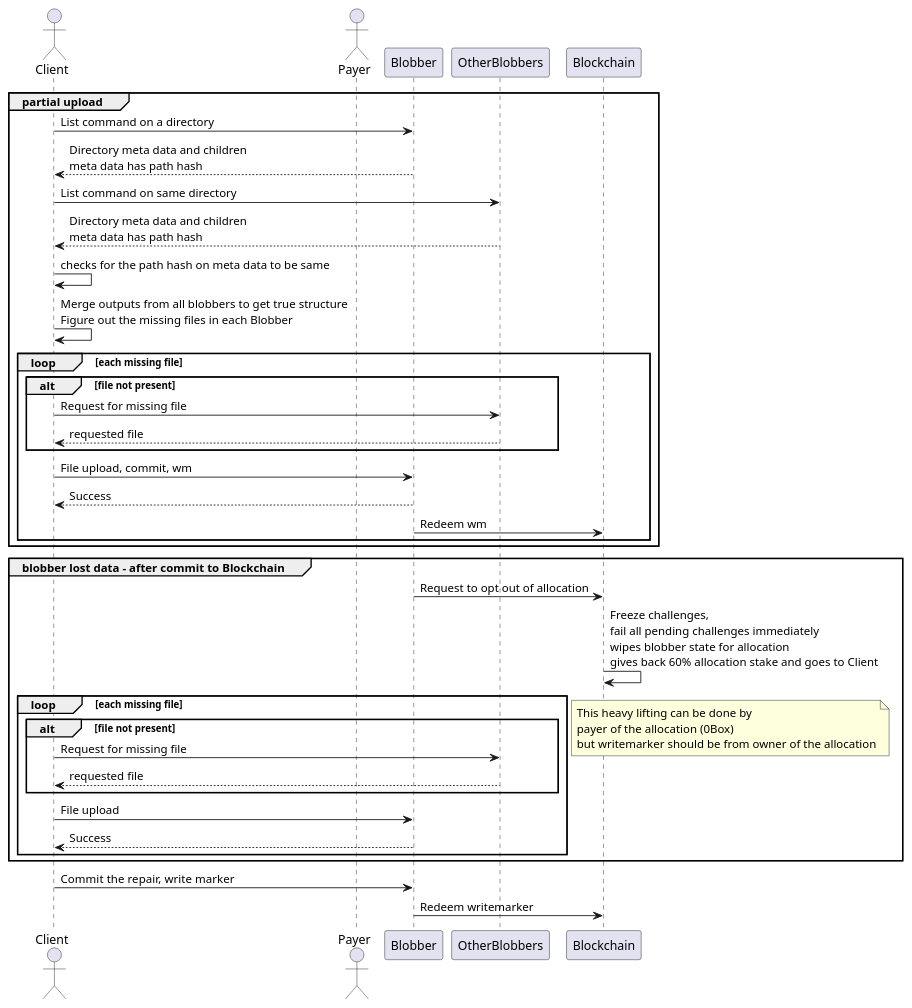
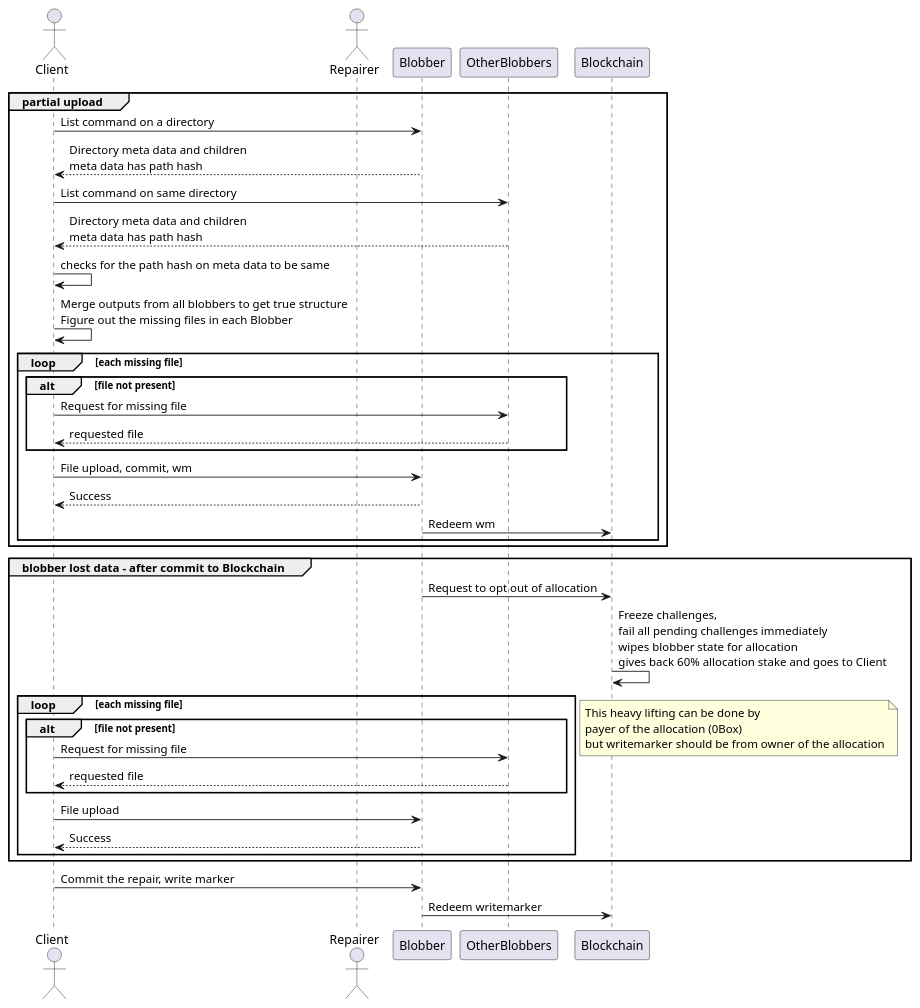
The diagram in docs/src/repair.plantuml (0chain/blobber), drawn with PlantUML before and after one commit. The commit also changed 9 other files, not shown here.

```diff
--- a/docs/src/repair.plantuml
+++ b/docs/src/repair.plantuml
@@ -1,50 +1,50 @@
 @startuml
 actor Client
-actor Payer
+actor Repairer
 
 group partial upload
 Client -> Blobber : List command on a directory
 Blobber --> Client : Directory meta data and children \n\
 meta data has path hash
 Client -> OtherBlobbers : List command on same directory
 OtherBlobbers --> Client : Directory meta data and children \n\
 meta data has path hash
 Client -> Client : checks for the path hash on meta data to be same
 Client -> Client : Merge outputs from all blobbers to get true structure \n\
 Figure out the missing files in each Blobber
 
 loop each missing file
 alt file not present
 Client -> OtherBlobbers : Request for missing file
 OtherBlobbers --> Client : requested file
 end
 Client -> Blobber : File upload, commit, wm 
 Blobber --> Client : Success
 Blobber -> Blockchain : Redeem wm
 end 
 end
 
 group blobber lost data - after commit to Blockchain
 Blobber -> Blockchain : Request to opt out of allocation
 Blockchain -> Blockchain : Freeze challenges, \n\
 fail all pending challenges immediately \n\
 wipes blobber state for allocation \n\
 gives back 60% allocation stake and goes to Client
 loop each missing file
 alt file not present
 Client -> OtherBlobbers : Request for missing file
 OtherBlobbers --> Client : requested file
 end
 Client -> Blobber : File upload
 Blobber --> Client : Success
 
 end 
 note right 
 This heavy lifting can be done by
 payer of the allocation (0Box)
 but writemarker should be from owner of the allocation
 end note
 end
 Client -> Blobber : Commit the repair, write marker 
 Blobber -> Blockchain : Redeem writemarker
 @enduml
```
